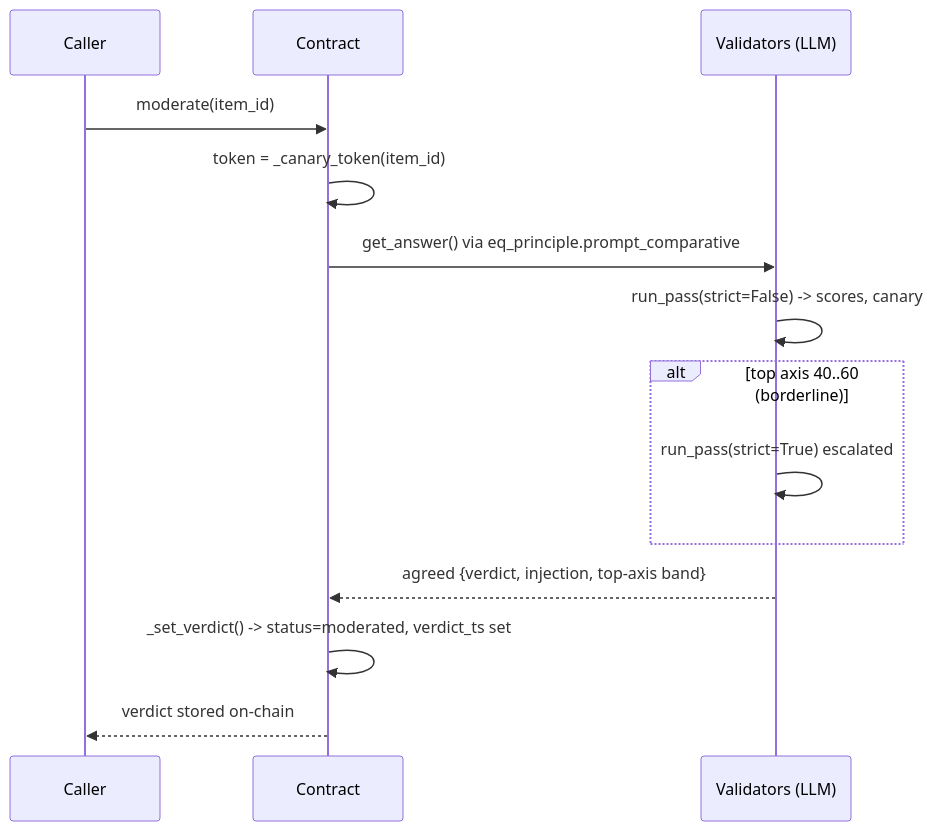
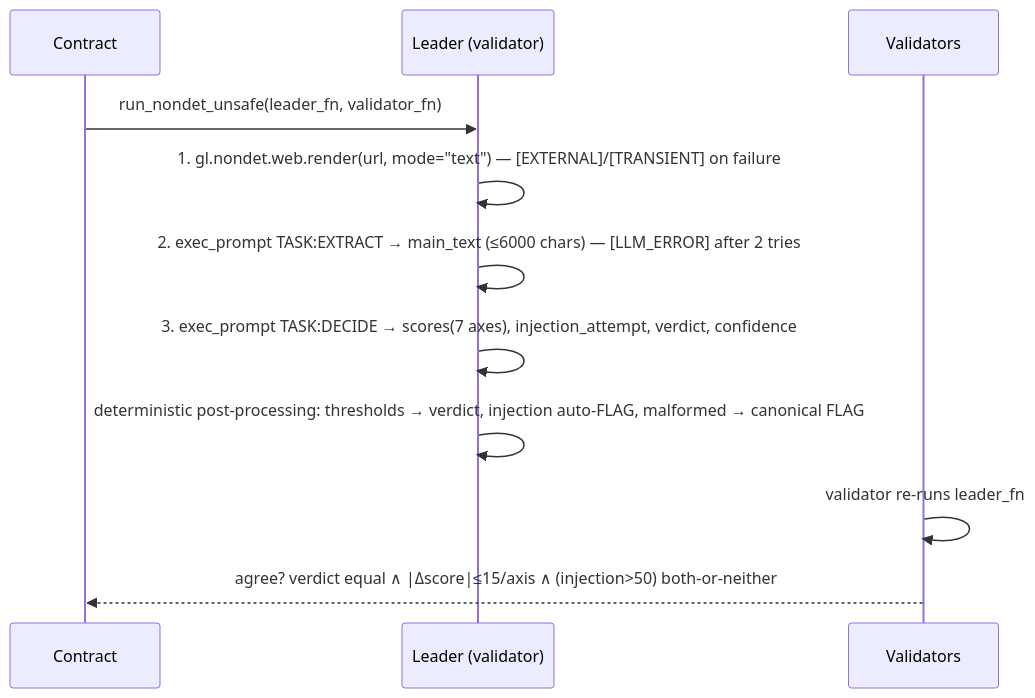
Before and after one commit to Artem1981777/genlayer-content-moderator: the second of 2 diagrams in ARCHITECTURE.md, drawn with Mermaid. The commit also changed other lines of this file and 42 other files, not shown here.

````diff
--- a/ARCHITECTURE.md
+++ b/ARCHITECTURE.md
@@ -66,16 +52,13 @@
 ```mermaid
 sequenceDiagram
-    participant U as Caller
     participant C as Contract
-    participant V as Validators (LLM)
-    U->>C: moderate(item_id)
-    C->>C: token = _canary_token(item_id)
-    C->>V: get_answer() via eq_principle.prompt_comparative
-    V->>V: run_pass(strict=False) -> scores, canary
-    alt top axis 40..60 (borderline)
-        V->>V: run_pass(strict=True) escalated
-    end
-    V-->>C: agreed {verdict, injection, top-axis band}
-    C->>C: _set_verdict() -> status=moderated, verdict_ts set
-    C-->>U: verdict stored on-chain
+    participant L as Leader (validator)
+    participant V as Validators
+    C->>L: run_nondet_unsafe(leader_fn, validator_fn)
+    L->>L: 1. gl.nondet.web.render(url, mode="text") — [EXTERNAL]/[TRANSIENT] on failure
+    L->>L: 2. exec_prompt TASK:EXTRACT → main_text (≤6000 chars) — [LLM_ERROR] after 2 tries
+    L->>L: 3. exec_prompt TASK:DECIDE → scores(7 axes), injection_attempt, verdict, confidence
+    L->>L: deterministic post-processing: thresholds → verdict, injection auto-FLAG, malformed → canonical FLAG
+    V->>V: validator re-runs leader_fn
+    V-->>C: agree? verdict equal ∧ |Δscore|≤15/axis ∧ (injection>50) both-or-neither
 ```
````
